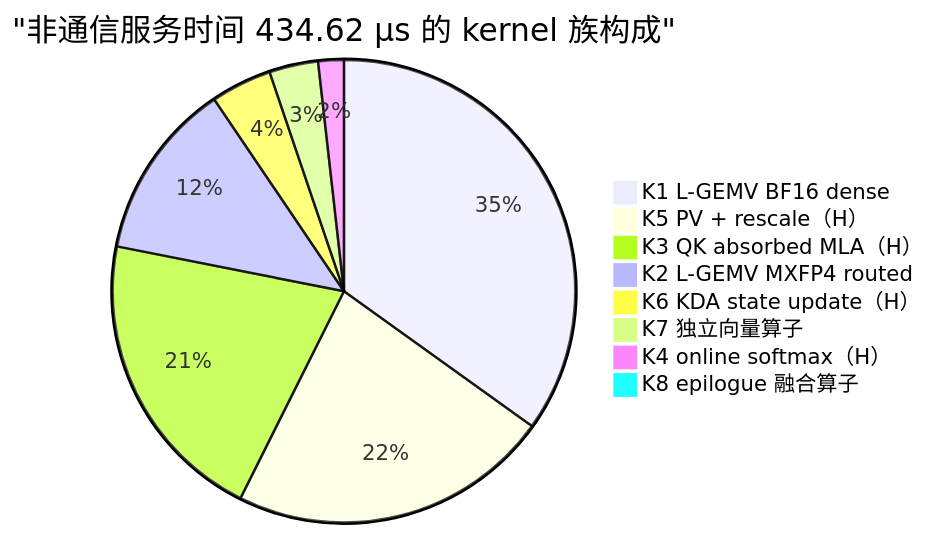
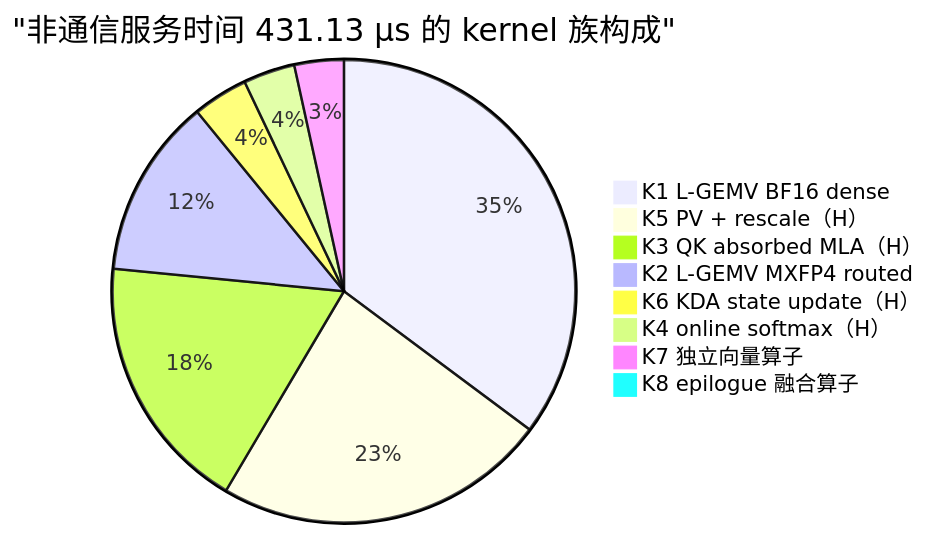
One commit to xqdan/xihu changed the first of 6 diagrams in teams/software/docs/KERNEL_SPEC.md. Above: the diagram before and after it, drawn with Mermaid. The commit also changed other lines of this file and 36 other files, not shown here.

````diff
--- a/teams/software/docs/KERNEL_SPEC.md
+++ b/teams/software/docs/KERNEL_SPEC.md
@@ -18,11 +18,11 @@
 ```mermaid
-pie title "非通信服务时间 434.62 µs 的 kernel 族构成"
+pie title "非通信服务时间 431.13 µs 的 kernel 族构成"
   "K1 L-GEMV BF16 dense" : 150.86
-  "K5 PV + rescale（H）" : 97.15
-  "K3 QK absorbed MLA（H）" : 89.60
+  "K5 PV + rescale（H）" : 99.96
+  "K3 QK absorbed MLA（H）" : 77.38
   "K2 L-GEMV MXFP4 routed" : 53.72
-  "K6 KDA state update（H）" : 18.40
+  "K6 KDA state update（H）" : 16.57
+  "K4 online softmax（H）" : 15.46
   "K7 独立向量算子" : 14.77
-  "K4 online softmax（H）" : 7.73
-  "K8 epilogue 融合算子" : 2.40
+  "K8 epilogue 融合算子" : 2.39
 ```
````
